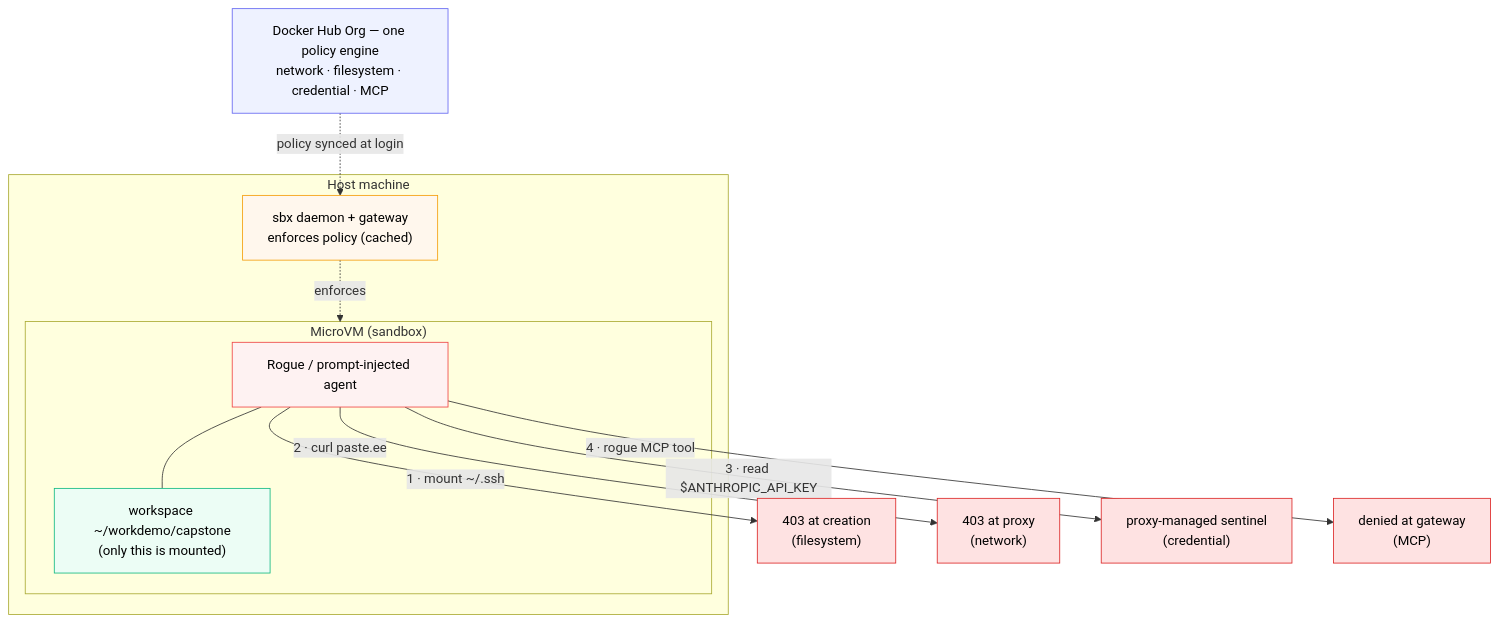
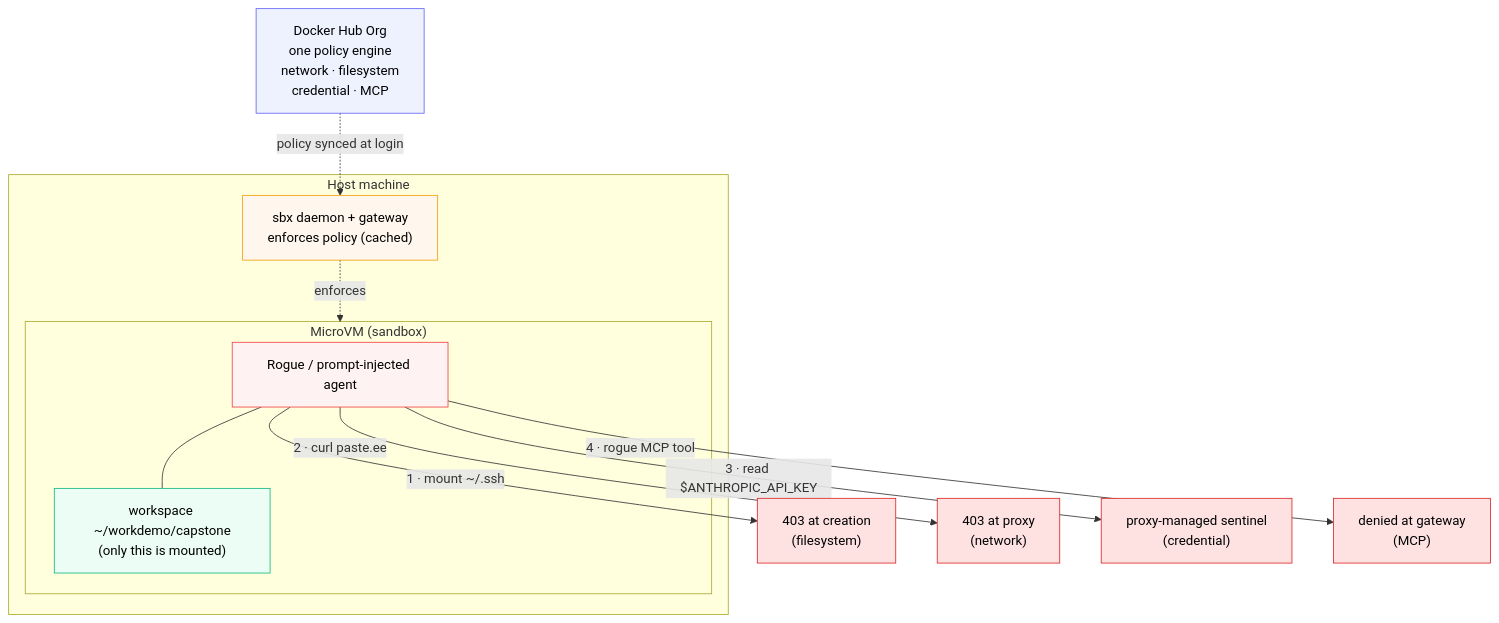
Before and after one commit to ajeetraina/labspace-docker-ai-governance: the diagram in labspace/13-end-to-end-governance.md, drawn with Mermaid. The commit also changed 14 other files, not shown here.

First line of the commit message:
Fix diagram text overflow: wrap long labels, shorten wide subgraph titles

````diff
--- a/labspace/13-end-to-end-governance.md
+++ b/labspace/13-end-to-end-governance.md
@@ -3,29 +3,29 @@
 ```mermaid
 flowchart TB
-    HUB["Docker Hub Org — one policy engine<br/>network · filesystem · credential · MCP"]
+    HUB["Docker Hub Org<br/>one policy engine<br/>network · filesystem<br/>credential · MCP"]
     subgraph HOST["Host machine"]
         DAEMON["sbx daemon + gateway<br/>enforces policy (cached)"]
         subgraph VM["MicroVM (sandbox)"]
             ROGUE["Rogue / prompt-injected agent"]
             WS["workspace ~/workdemo/capstone<br/>(only this is mounted)"]
             ROGUE --- WS
         end
     end
     HUB -. "policy synced at login" .-> DAEMON
     DAEMON -. enforces .-> VM
     ROGUE -->|"1 · mount ~/.ssh"| A1["403 at creation<br/>(filesystem)"]
     ROGUE -->|"2 · curl paste.ee"| A2["403 at proxy<br/>(network)"]
     ROGUE -->|"3 · read $ANTHROPIC_API_KEY"| A3["proxy-managed sentinel<br/>(credential)"]
     ROGUE -->|"4 · rogue MCP tool"| A4["denied at gateway<br/>(MCP)"]
 
     classDef hub fill:#eef2ff,stroke:#6366f1,color:#000
     classDef pol fill:#fff7ed,stroke:#f59e0b,color:#000
     classDef vm fill:#ecfdf5,stroke:#10b981,color:#000
     classDef rogue fill:#fef2f2,stroke:#ef4444,color:#000
     classDef deny fill:#fee2e2,stroke:#dc2626,color:#000
     class HUB hub
     class DAEMON pol
     class WS vm
     class ROGUE rogue
     class A1,A2,A3,A4 deny
 ```
````
